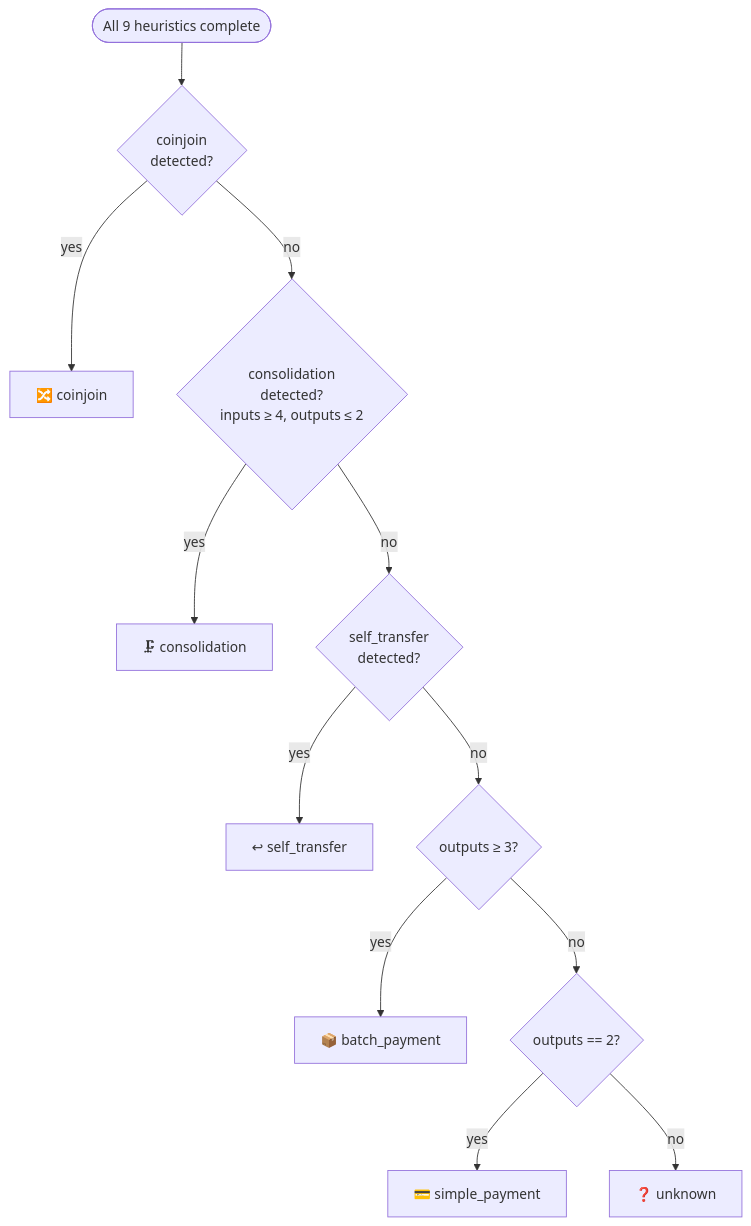
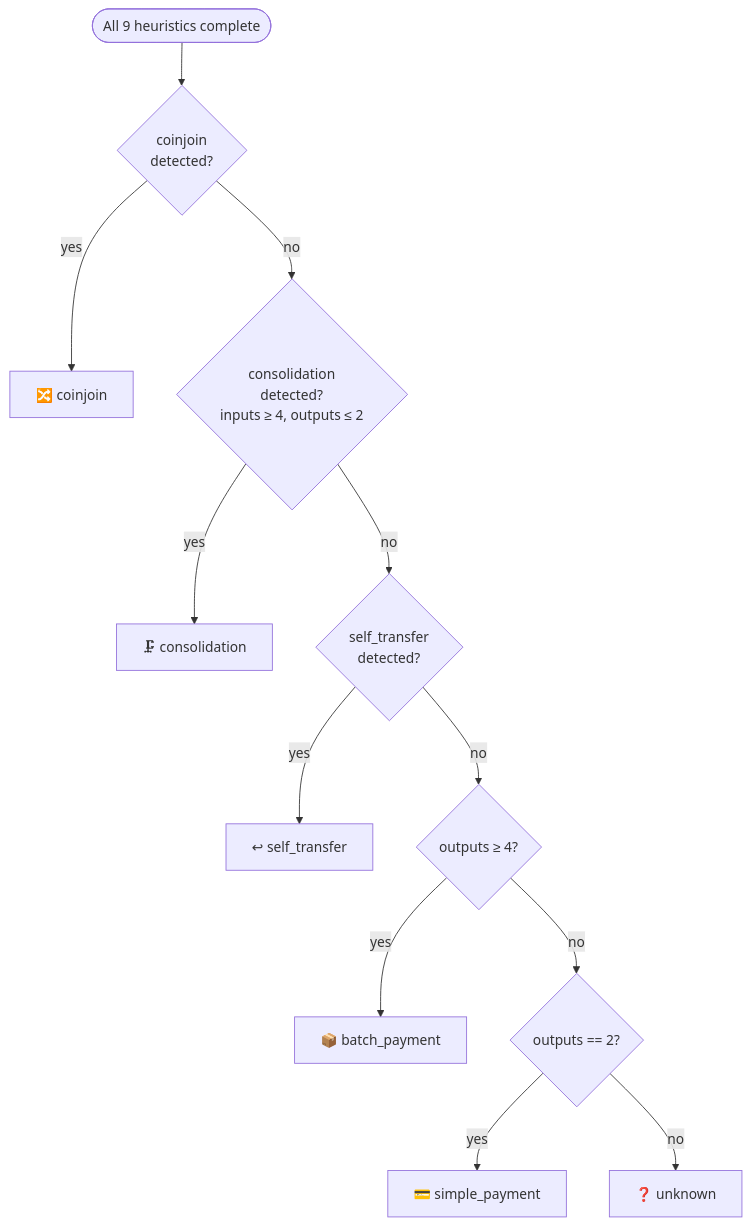
One commit to heechan02/summer-of-bitcoin-2026 changed the third of 4 diagrams in APPROACH.md. Above: the diagram before and after it, drawn with Mermaid. The commit also changed other lines of this file, not shown here.

````diff
--- a/APPROACH.md
+++ b/APPROACH.md
@@ -456,14 +475,14 @@
 ```mermaid
 flowchart TD
     START([All 9 heuristics complete]) --> CJ{coinjoin\ndetected?}
     CJ -->|yes| LCJ[🔀 coinjoin]
     CJ -->|no| CON{consolidation\ndetected?\ninputs ≥ 4, outputs ≤ 2}
     CON -->|yes| LCON[🗜 consolidation]
     CON -->|no| ST{self_transfer\ndetected?}
     ST -->|yes| LST[↩ self_transfer]
-    ST -->|no| OUT{outputs ≥ 3?}
+    ST -->|no| OUT{outputs ≥ 4?}
     OUT -->|yes| LBP[📦 batch_payment]
     OUT -->|no| TWO{outputs == 2?}
     TWO -->|yes| LSP[💳 simple_payment]
     TWO -->|no| UNK[❓ unknown]
 ```
````
